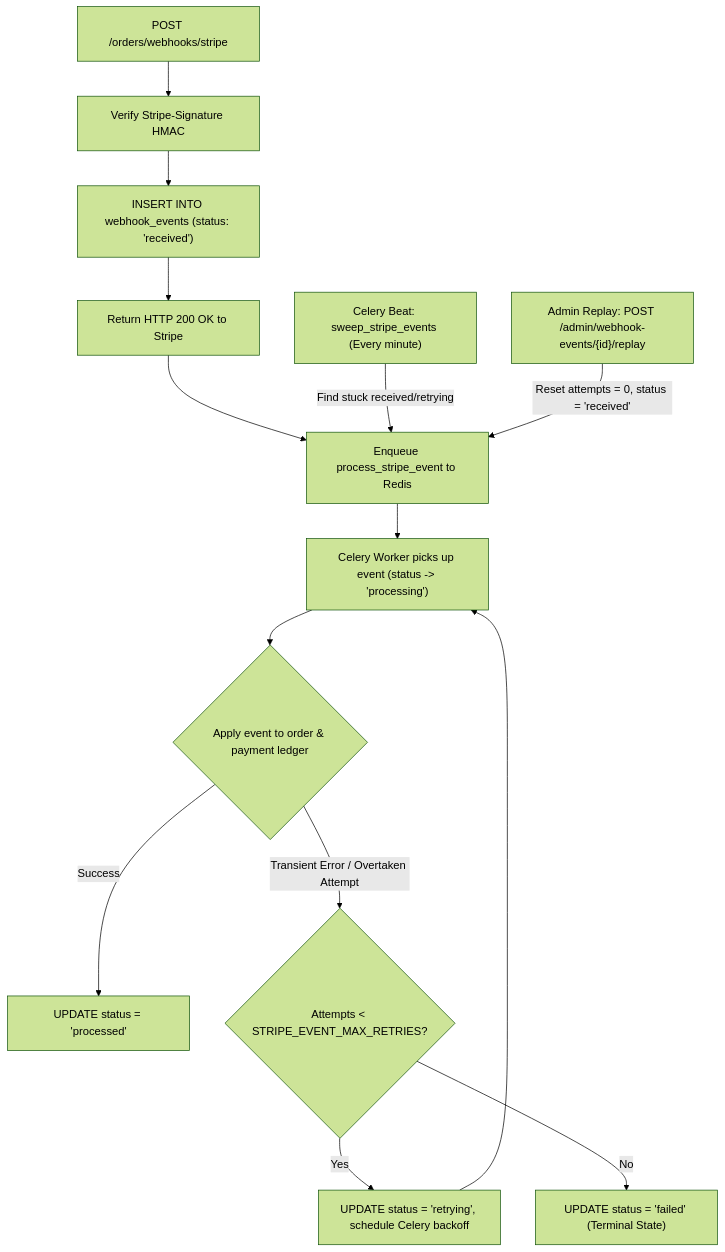
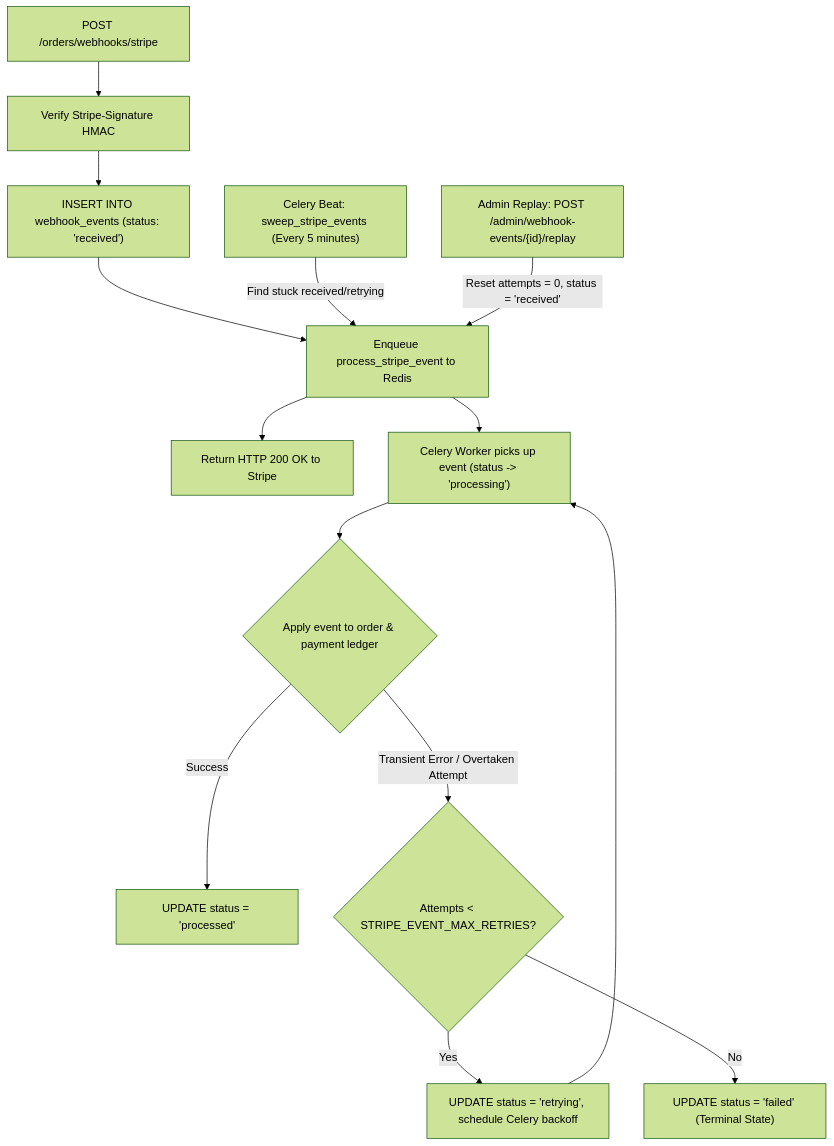
The third of 4 diagrams in docs/ARCHITECTURE.md (nadeko0/fastapi_e-commerce_backend), drawn with Mermaid (forest theme) before and after one commit. The commit also changed other lines of this file and 12 other files, not shown here.

````diff
--- a/docs/ARCHITECTURE.md
+++ b/docs/ARCHITECTURE.md
@@ -103,20 +102,20 @@
 ```mermaid
 flowchart TD
     Ingress["POST /orders/webhooks/stripe"] --> Verify["Verify Stripe-Signature HMAC"]
     Verify --> Store["INSERT INTO webhook_events (status: 'received')"]
-    Store --> Ack["Return HTTP 200 OK to Stripe"]
-    Ack --> Enqueue["Enqueue process_stripe_event to Redis"]
+    Store --> Enqueue["Enqueue process_stripe_event to Redis"]
+    Enqueue --> Ack["Return HTTP 200 OK to Stripe"]
 
     Enqueue --> Worker["Celery Worker picks up event (status -> 'processing')"]
     Worker --> Apply{"Apply event to order & payment ledger"}
     
     Apply -->|Success| Processed["UPDATE status = 'processed'"]
     Apply -->|Transient Error / Overtaken Attempt| Retry{"Attempts < STRIPE_EVENT_MAX_RETRIES?"}
     
     Retry -->|Yes| Retrying["UPDATE status = 'retrying', schedule Celery backoff"]
     Retrying --> Worker
     Retry -->|No| Failed["UPDATE status = 'failed' (Terminal State)"]
 
-    Sweeper["Celery Beat: sweep_stripe_events (Every minute)"] -->|Find stuck received/retrying| Enqueue
+    Sweeper["Celery Beat: sweep_stripe_events (Every 5 minutes)"] -->|Find stuck received/retrying| Enqueue
     Admin["Admin Replay: POST /admin/webhook-events/{id}/replay"] -->|Reset attempts = 0, status = 'received'| Enqueue
 ```
````
